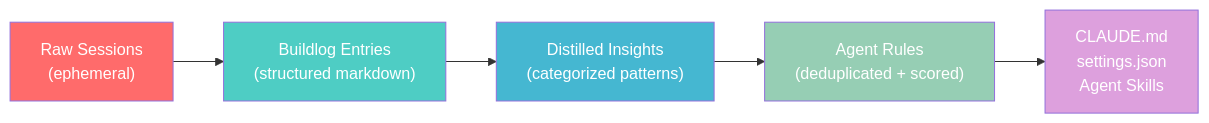
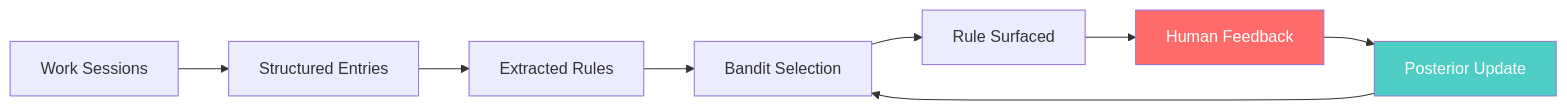
One commit to Peleke/buildlog-template changed the diagram in README.md. Above: the diagram before and after it, drawn with Mermaid. The commit also changed other lines of this file, not shown here.

````diff
--- a/README.md
+++ b/README.md
@@ -37,13 +108,13 @@
 ```mermaid
 flowchart LR
-    A["Raw Sessions<br/>(ephemeral)"] --> B["Buildlog Entries<br/>(structured markdown)"]
-    B --> C["Distilled Insights<br/>(categorized patterns)"]
-    C --> D["Agent Rules<br/>(deduplicated + scored)"]
-    D --> E["CLAUDE.md<br/>settings.json<br/>Agent Skills"]
+    A["Work Sessions"] --> B["Structured Entries"]
+    B --> C["Extracted Rules"]
+    C --> D["Bandit Selection"]
+    D --> E["Rule Surfaced"]
+    E --> F["Human Feedback"]
+    F --> G["Posterior Update"]
+    G --> D
 
-    style A fill:#ff6b6b,color:#fff
-    style B fill:#4ecdc4,color:#fff
-    style C fill:#45b7d1,color:#fff
-    style D fill:#96ceb4,color:#fff
-    style E fill:#dda0dd,color:#fff
+    style F fill:#ff6b6b,color:#fff
+    style G fill:#4ecdc4,color:#fff
 ```
````
